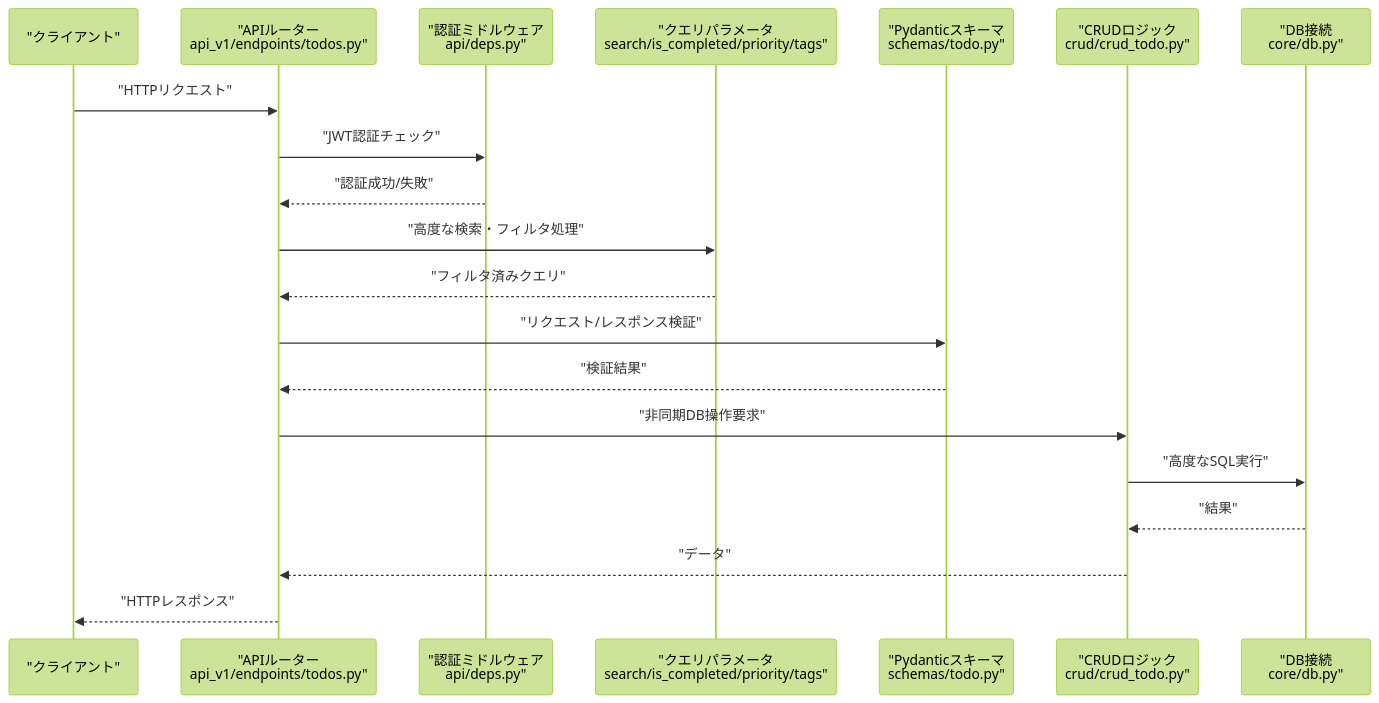
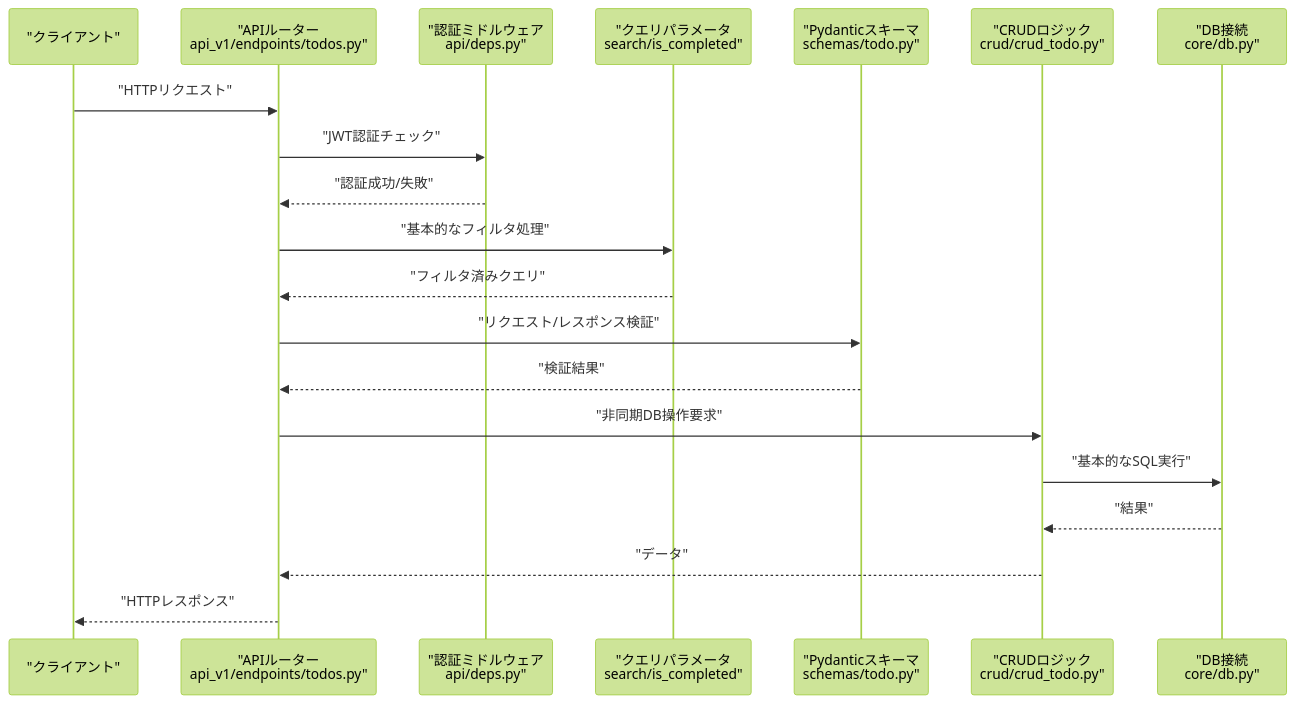
One commit to ss8806/Todos changed the second of 7 diagrams in .qoder/repowiki/ja/content/APIリファレンス/TODO管理API.md. Above: the diagram before and after it, drawn with Mermaid (forest theme). The commit also changed other lines of this file and 17 other files, not shown here.

````diff
--- a/.qoder/repowiki/ja/content/APIリファレンス/TODO管理API.md
+++ b/.qoder/repowiki/ja/content/APIリファレンス/TODO管理API.md
@@ -204,22 +202,22 @@
 ```mermaid
 sequenceDiagram
 participant Client as "クライアント"
 participant Router as "APIルーター<br/>api_v1/endpoints/todos.py"
 participant Auth as "認証ミドルウェア<br/>api/deps.py"
-participant Params as "クエリパラメータ<br/>search/is_completed/priority/tags"
+participant Params as "クエリパラメータ<br/>search/is_completed"
 participant Schema as "Pydanticスキーマ<br/>schemas/todo.py"
 participant CRUD as "CRUDロジック<br/>crud/crud_todo.py"
 participant DB as "DB接続<br/>core/db.py"
 Client->>Router : "HTTPリクエスト"
 Router->>Auth : "JWT認証チェック"
 Auth-->>Router : "認証成功/失敗"
-Router->>Params : "高度な検索・フィルタ処理"
+Router->>Params : "基本的なフィルタ処理"
 Params-->>Router : "フィルタ済みクエリ"
 Router->>Schema : "リクエスト/レスポンス検証"
 Schema-->>Router : "検証結果"
 Router->>CRUD : "非同期DB操作要求"
-CRUD->>DB : "高度なSQL実行"
+CRUD->>DB : "基本的なSQL実行"
 DB-->>CRUD : "結果"
 CRUD-->>Router : "データ"
 Router-->>Client : "HTTPレスポンス"
 ```
````
